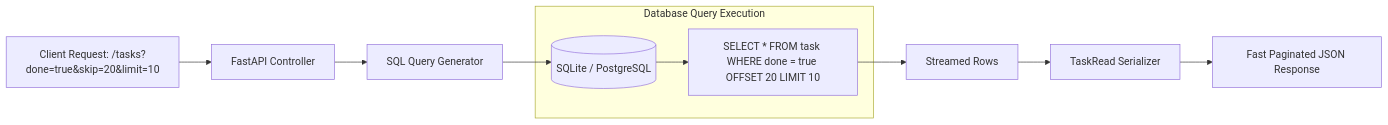
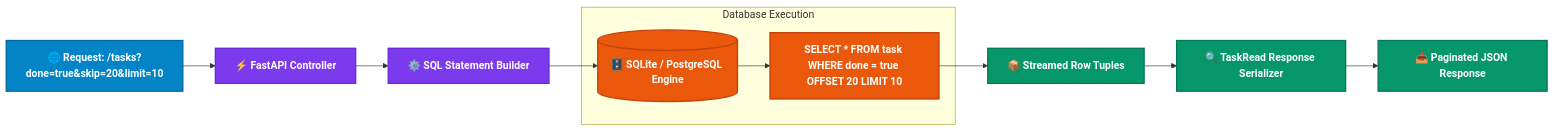
The diagram in 07_crud_pagination/README.md (himanshu-jadhav108/FastAPI-Mastery), drawn with Mermaid before and after one commit. The commit also changed 6 other files, not shown here.

Commit message:
docs: add modern high-contrast color palettes and badges to mermaid architecture diagrams

````diff
--- a/07_crud_pagination/README.md
+++ b/07_crud_pagination/README.md
@@ -20,12 +20,17 @@
 ```mermaid
 flowchart LR
-    Client[Client Request: /tasks?done=true&skip=20&limit=10] --> FastAPI[FastAPI Controller]
-    FastAPI --> SQL[SQL Query Generator]
-    SQL --> Engine[(SQLite / PostgreSQL)]
-    subgraph Database Query Execution
-        Engine --> Q["SELECT * FROM task WHERE done = true OFFSET 20 LIMIT 10"]
+    classDef clientStyle fill:#0284c7,stroke:#0369a1,stroke-width:2px,color:#ffffff,font-weight:bold;
+    classDef apiStyle fill:#7c3aed,stroke:#6d28d9,stroke-width:2px,color:#ffffff,font-weight:bold;
+    classDef dbStyle fill:#ea580c,stroke:#c2410c,stroke-width:2px,color:#ffffff,font-weight:bold;
+    classDef outStyle fill:#059669,stroke:#047857,stroke-width:2px,color:#ffffff,font-weight:bold;
+
+    Client["🌐 Request: /tasks?done=true&skip=20&limit=10"]:::clientStyle --> FastAPI["⚡ FastAPI Controller"]:::apiStyle
+    FastAPI --> SQL["⚙️ SQL Statement Builder"]:::apiStyle
+    SQL --> Engine[("🗄️ SQLite / PostgreSQL Engine")]:::dbStyle
+    subgraph Database Execution
+        Engine --> Q["SELECT * FROM task WHERE done = true OFFSET 20 LIMIT 10"]:::dbStyle
     end
-    Q --> Out[Streamed Rows]
-    Out --> Serializer[TaskRead Serializer]
-    Serializer --> Response[Fast Paginated JSON Response]
+    Q --> Out["📦 Streamed Row Tuples"]:::outStyle
+    Out --> Serializer["🔍 TaskRead Response Serializer"]:::outStyle
+    Serializer --> Response["📤 Paginated JSON Response"]:::outStyle
 ```
````
